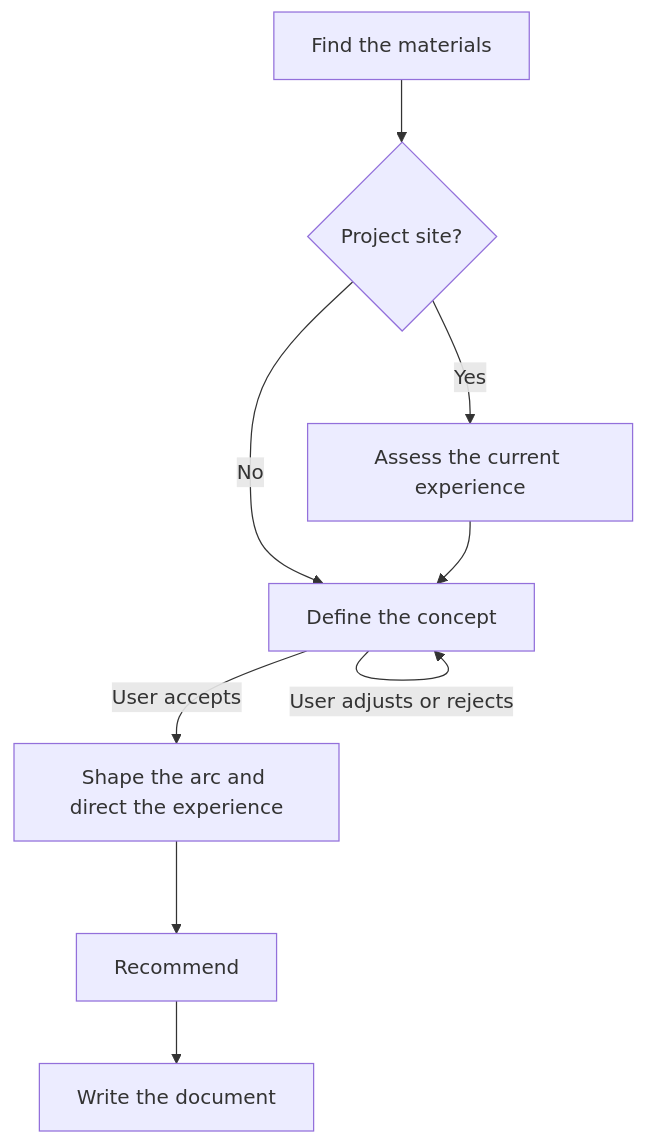
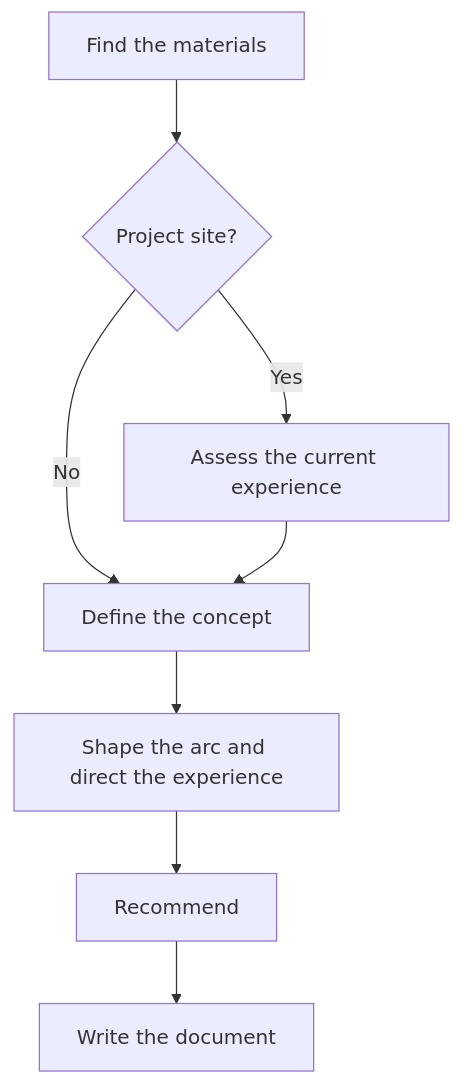
The diagram in skills/product/storytelling/README.md (adeonir/agent-skills), drawn with Mermaid before and after one commit. The commit also changed other lines of this file and 32 other files, not shown here.

````diff
--- a/skills/product/storytelling/README.md
+++ b/skills/product/storytelling/README.md
@@ -7,11 +7,10 @@
 ```mermaid
 flowchart TD
     M[Find the materials] --> S{Project site?}
     S -->|Yes| A[Assess the current experience]
     S -->|No| C[Define the concept]
     A --> C
-    C -->|User accepts| R[Shape the arc and direct the experience]
-    C -->|User adjusts or rejects| C
+    C --> R[Shape the arc and direct the experience]
     R --> RC[Recommend]
     RC --> D[Write the document]
 ```
````
